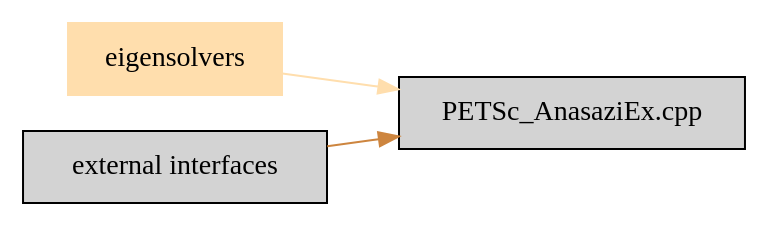
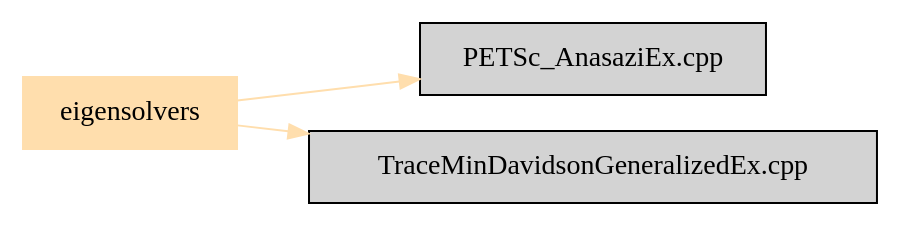
One commit to duongdo27/TrilinosConceptMap changed the diagram in markdown/category_eigensolvers.dot. Above: the diagram before and after it, drawn with Graphviz. The commit also changed 12 other files, not shown here.

```diff
--- a/markdown/category_eigensolvers.dot
+++ b/markdown/category_eigensolvers.dot
@@ -1,9 +1,9 @@
 digraph bettersoftware {
             rankdir = LR;
             ratio = fill;
             node [style=filled];
             node [shape = box];
 "eigensolvers" [colorscheme="svg" color="navajowhite"];
 "eigensolvers" ->  "PETSc_AnasaziEx.cpp" [colorscheme="svg" color="navajowhite"];
-"external interfaces" ->  "PETSc_AnasaziEx.cpp" [colorscheme="svg" color="peru"];
+"eigensolvers" ->  "TraceMinDavidsonGeneralizedEx.cpp" [colorscheme="svg" color="navajowhite"];
 }
```
